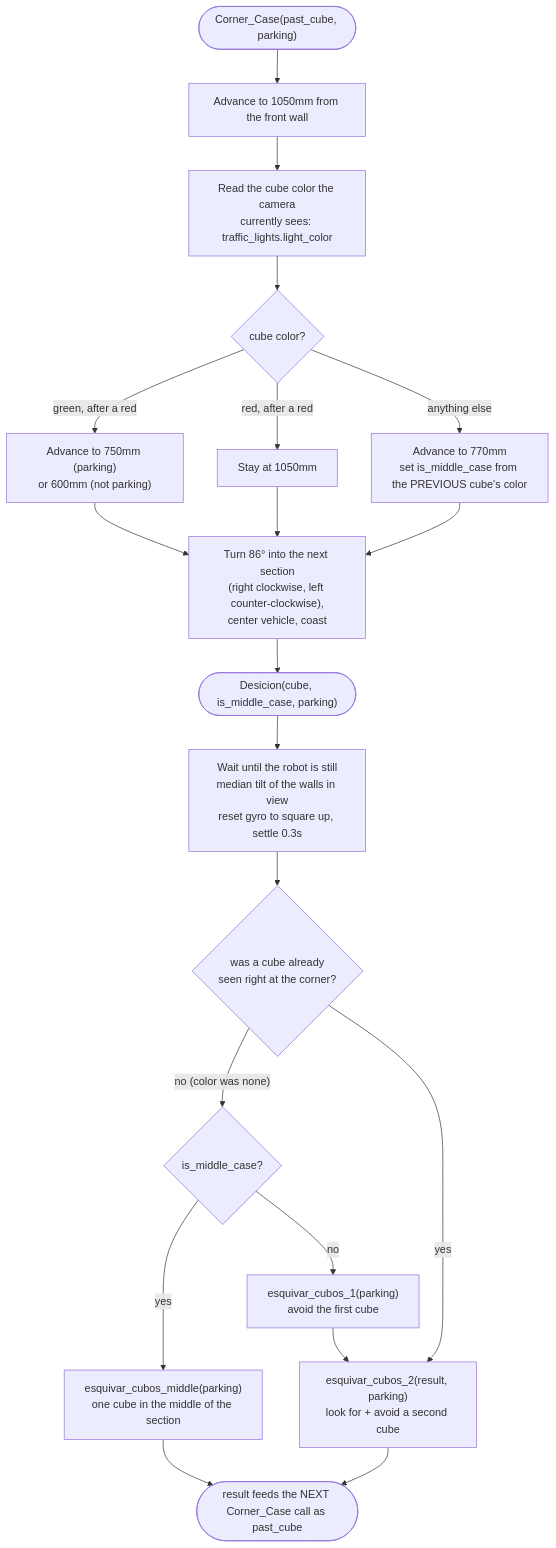
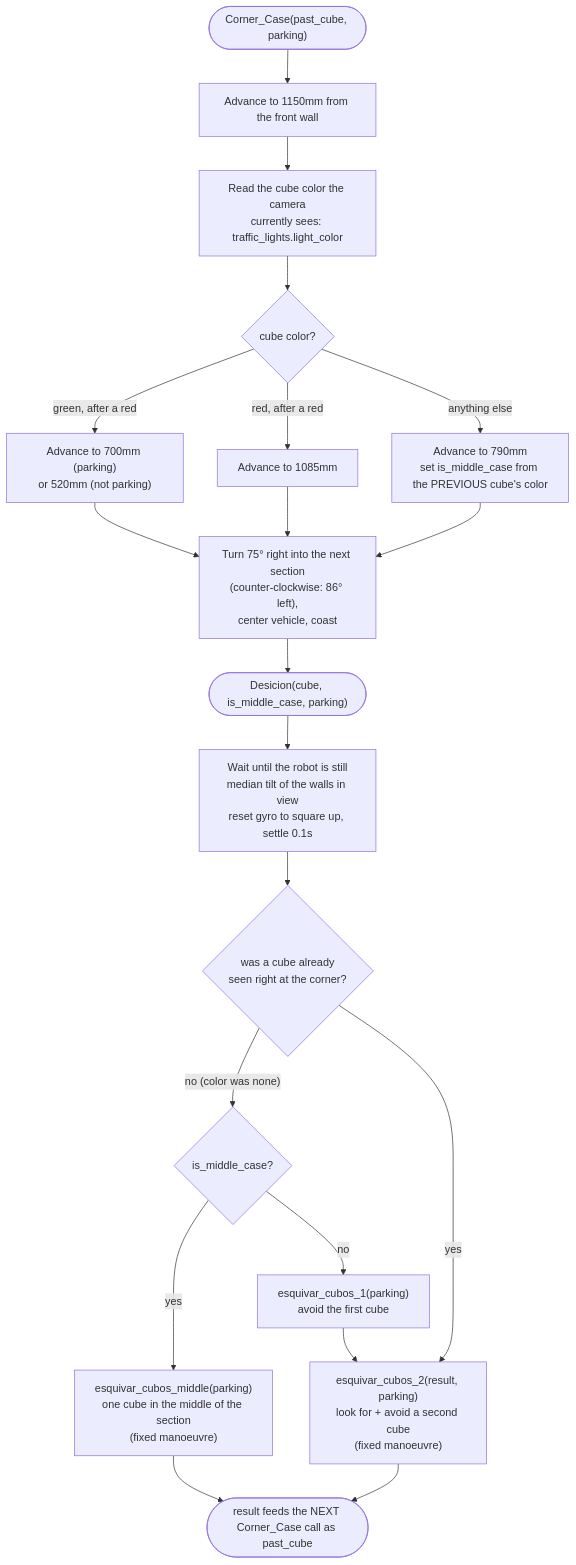
The fifth of 7 diagrams in README.md (alex309-duarte/WRO_Future_Engineers_Queretaro_CSS), drawn with Mermaid before and after one commit. The commit also changed other lines of this file and 12 other files, not shown here.

````diff
--- a/README.md
+++ b/README.md
@@ -1224,22 +1224,22 @@
 ```mermaid
 flowchart TD
-    A(["Corner_Case(past_cube, parking)"]) --> B["Advance to 1050mm from the front wall"]
+    A(["Corner_Case(past_cube, parking)"]) --> B["Advance to 1150mm from the front wall"]
     B --> C["Read the cube color the camera<br/>currently sees: traffic_lights.light_color"]
     C --> D{"cube color?"}
-    D -- "green, after a red" --> E["Advance to 750mm (parking)<br/>or 600mm (not parking)"]
-    D -- "red, after a red" --> F["Stay at 1050mm"]
-    D -- "anything else" --> G["Advance to 770mm<br/>set is_middle_case from the PREVIOUS cube's color"]
-    E --> H["Turn 86&deg; into the next section<br/>(right clockwise, left counter-clockwise),<br/>center vehicle, coast"]
+    D -- "green, after a red" --> E["Advance to 700mm (parking)<br/>or 520mm (not parking)"]
+    D -- "red, after a red" --> F["Advance to 1085mm"]
+    D -- "anything else" --> G["Advance to 790mm<br/>set is_middle_case from the PREVIOUS cube's color"]
+    E --> H["Turn 75&deg; right into the next section<br/>(counter-clockwise: 86&deg; left),<br/>center vehicle, coast"]
     F --> H
     G --> H
     H --> I(["Desicion(cube, is_middle_case, parking)"])
-    I --> J["Wait until the robot is still<br/>median tilt of the walls in view<br/>reset gyro to square up, settle 0.3s"]
+    I --> J["Wait until the robot is still<br/>median tilt of the walls in view<br/>reset gyro to square up, settle 0.1s"]
     J --> K{"was a cube already<br/>seen right at the corner?"}
     K -- "no (color was none)" --> L{"is_middle_case?"}
-    L -- yes --> M["esquivar_cubos_middle(parking)<br/>one cube in the middle of the section"]
+    L -- yes --> M["esquivar_cubos_middle(parking)<br/>one cube in the middle of the section<br/>(fixed manoeuvre)"]
     L -- no --> N["esquivar_cubos_1(parking)<br/>avoid the first cube"]
-    N --> O["esquivar_cubos_2(result, parking)<br/>look for + avoid a second cube"]
+    N --> O["esquivar_cubos_2(result, parking)<br/>look for + avoid a second cube<br/>(fixed manoeuvre)"]
     K -- yes --> O
     M --> P(["result feeds the NEXT Corner_Case call as past_cube"])
     O --> P
 ```
````
